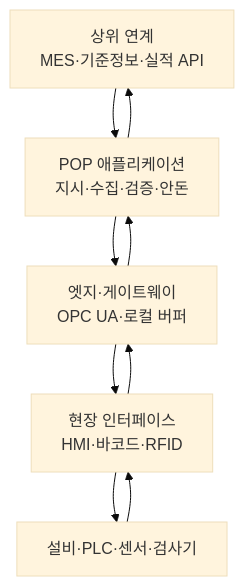
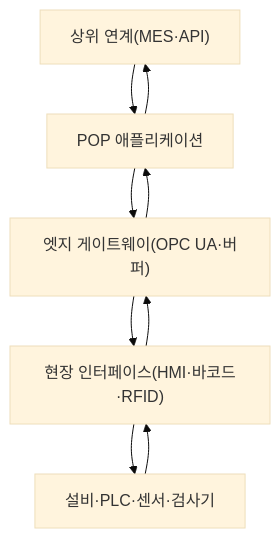
Before and after one commit to agnusdei1207/study: the third of 4 diagrams in src/content/docs/notes/itpe/01-it-strategy/038_pop.md, drawn with Mermaid (base theme). The commit also changed other lines of this file and 19 other files, not shown here.

````diff
--- a/src/content/docs/notes/itpe/01-it-strategy/038_pop.md
+++ b/src/content/docs/notes/itpe/01-it-strategy/038_pop.md
@@ -99,11 +93,11 @@
 ```mermaid
 flowchart TB
-    A[상위 연계<br/>MES·기준정보·실적 API] --> B[POP 애플리케이션<br/>지시·수집·검증·안돈]
-    B --> C[엣지·게이트웨이<br/>OPC UA·로컬 버퍼]
-    C --> D[현장 인터페이스<br/>HMI·바코드·RFID]
-    D --> E[설비·PLC·센서·검사기]
+    A["상위 연계(MES·API)"] --> B["POP 애플리케이션"]
+    B --> C["엣지 게이트웨이(OPC UA·버퍼)"]
+    C --> D["현장 인터페이스(HMI·바코드·RFID)"]
+    D --> E["설비·PLC·센서·검사기"]
     E --> D
     D --> C
     C --> B
     B --> A
 ```
````
